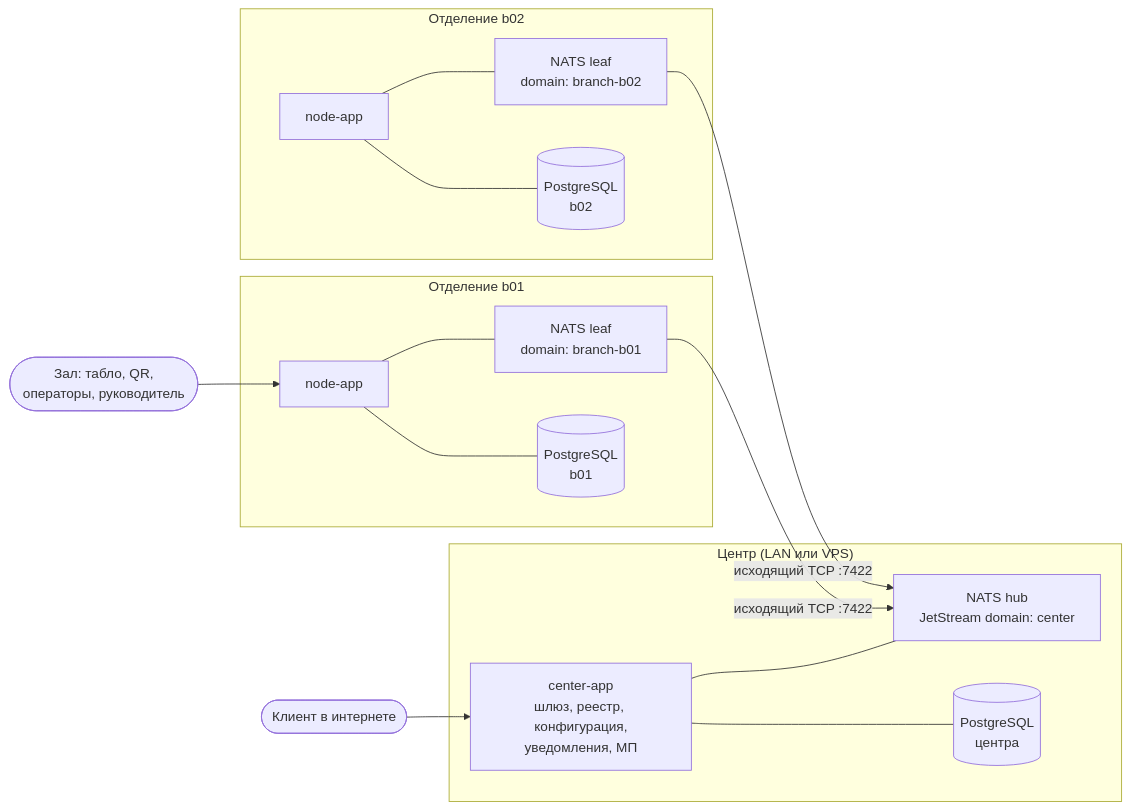
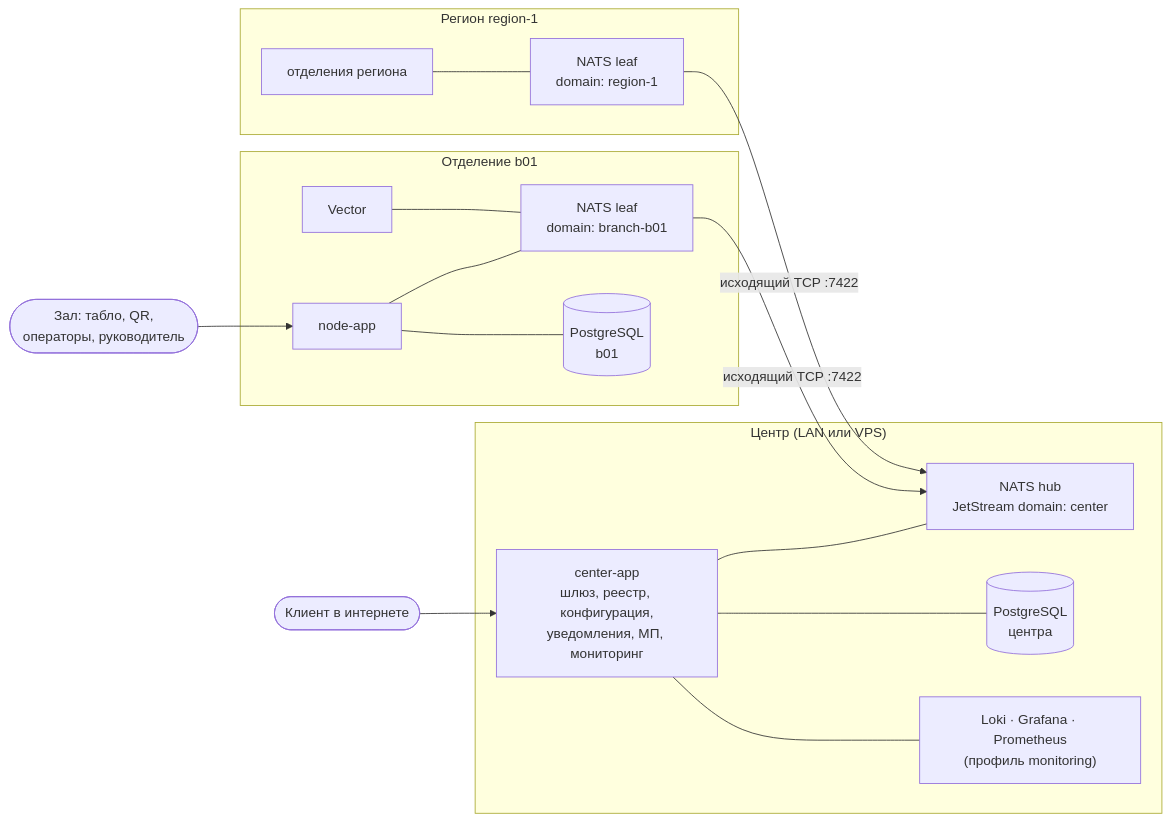
The first of 2 diagrams in docs/ESUO-design-doc.md (OsipShmel/esuo-deploy), drawn with Mermaid before and after one commit. The commit also changed other lines of this file and 9 other files, not shown here.

````diff
--- a/docs/ESUO-design-doc.md
+++ b/docs/ESUO-design-doc.md
@@ -57,28 +62,30 @@
 ```mermaid
 flowchart LR
     subgraph C["Центр (LAN или VPS)"]
         HUB["NATS hub<br/>JetStream domain: center"]
-        CA["center-app<br/>шлюз, реестр, конфигурация,<br/>уведомления, МП"]
+        CA["center-app<br/>шлюз, реестр, конфигурация,<br/>уведомления, МП, мониторинг"]
         CDB[("PostgreSQL<br/>центра")]
+        MON["Loki · Grafana · Prometheus<br/>(профиль monitoring)"]
         CA --- HUB
         CA --- CDB
+        CA --- MON
     end
     subgraph B1["Отделение b01"]
         L1["NATS leaf<br/>domain: branch-b01"]
         N1["node-app"]
         D1[("PostgreSQL<br/>b01")]
+        V1["Vector"]
         N1 --- L1
         N1 --- D1
+        V1 --- L1
     end
-    subgraph B2["Отделение b02"]
-        L2["NATS leaf<br/>domain: branch-b02"]
-        N2["node-app"]
-        D2[("PostgreSQL<br/>b02")]
-        N2 --- L2
-        N2 --- D2
+    subgraph R1["Регион region-1"]
+        RL["NATS leaf<br/>domain: region-1"]
+        RB["отделения региона"]
+        RB --- RL
     end
     L1 -- "исходящий TCP :7422" --> HUB
-    L2 -- "исходящий TCP :7422" --> HUB
+    RL -- "исходящий TCP :7422" --> HUB
     WEB(["Клиент в интернете"]) --> CA
     HALL(["Зал: табло, QR,<br/>операторы, руководитель"]) --> N1
 ```
````
